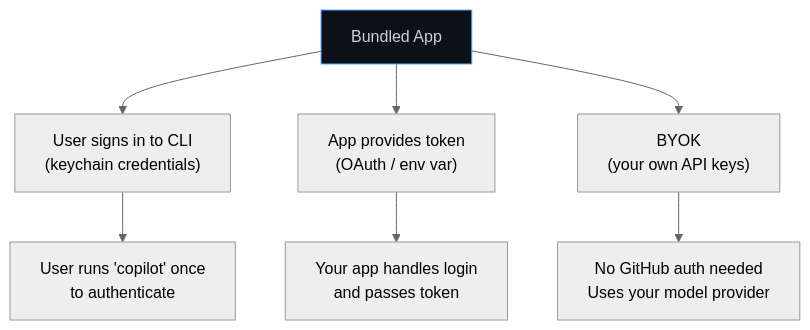
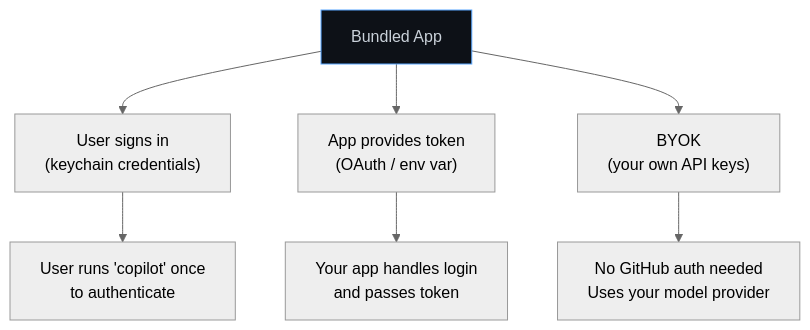
One commit to jeremiahjordanisaacson/copilot-sdk-supercharged changed the second of 2 diagrams in docs/setup/bundled-cli.md. Above: the diagram before and after it, drawn with Mermaid (neutral theme). The commit also changed other lines of this file and 35 other files, not shown here.

````diff
--- a/docs/setup/bundled-cli.md
+++ b/docs/setup/bundled-cli.md
@@ -195,14 +200,14 @@
 ```mermaid
 flowchart TB
     App["Bundled App"]
 
-    App --> A["User signs in to CLI<br/>(keychain credentials)"]
+    App --> A["User signs in<br/>(keychain credentials)"]
     App --> B["App provides token<br/>(OAuth / env var)"]
     App --> C["BYOK<br/>(your own API keys)"]
 
     A --> Note1["User runs 'copilot' once<br/>to authenticate"]
     B --> Note2["Your app handles login<br/>and passes token"]
     C --> Note3["No GitHub auth needed<br/>Uses your model provider"]
 
     style App fill:#0d1117,stroke:#58a6ff,color:#c9d1d9
 ```
````
